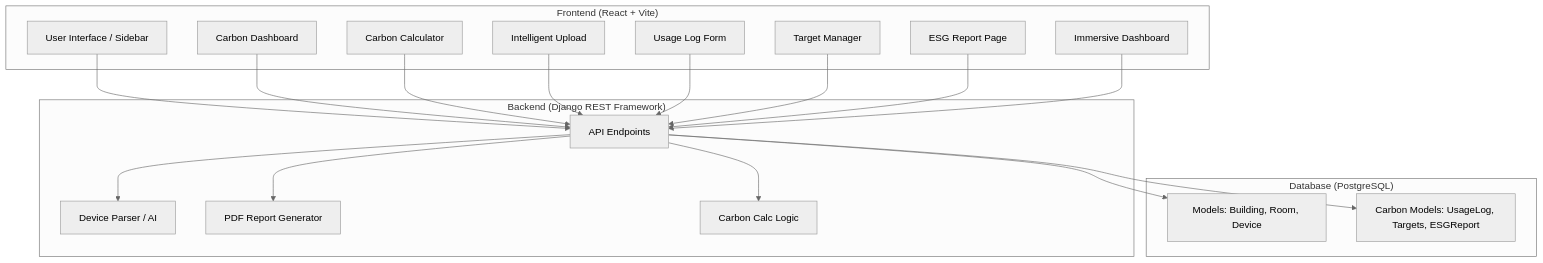
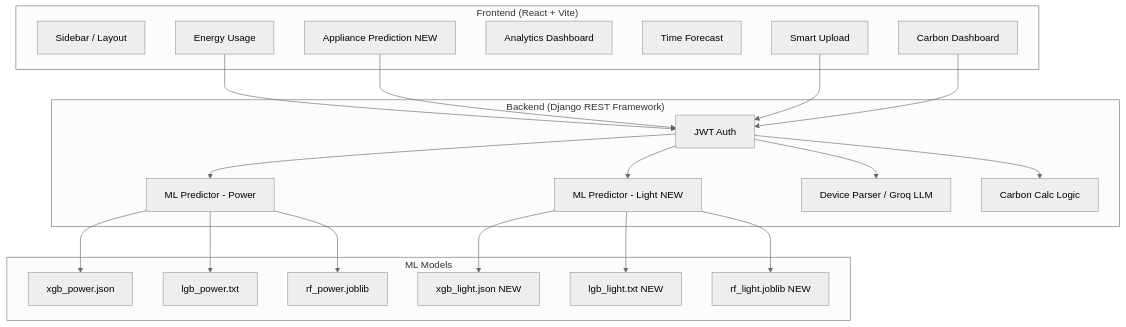
Before and after one commit to hitarth1812/Hybrid-Energy-Management-System: the diagram in BACKEND/PROJECT_BLUEPRINT.md, drawn with Mermaid (neutral theme). The commit also changed other lines of this file and 53 other files, not shown here.

Commit message:
Add upgraded analytics, prediction flow, and ESG enhancements

````diff
--- a/BACKEND/PROJECT_BLUEPRINT.md
+++ b/BACKEND/PROJECT_BLUEPRINT.md
@@ -11,40 +11,33 @@
 ```mermaid
 graph TD
     subgraph "Frontend (React + Vite)"
-        UI[User Interface / Sidebar]
+        UI[Sidebar / Layout]
+        EN[Energy Usage]
+        AP[Appliance Prediction NEW]
+        AN[Analytics Dashboard]
+        TF[Time Forecast]
+        SU[Smart Upload]
         CD[Carbon Dashboard]
-        CC[Carbon Calculator]
-        IU[Intelligent Upload]
-        UL[Usage Log Form]
-        CT[Target Manager]
-        ER[ESG Report Page]
-        ID[Immersive Dashboard]
     end
 
     subgraph "Backend (Django REST Framework)"
-        API[API Endpoints]
-        PAR[Device Parser / AI]
-        RPT[PDF Report Generator]
+        AUTH[JWT Auth]
+        ML_PWR[ML Predictor - Power]
+        ML_LGT[ML Predictor - Light NEW]
+        PAR[Device Parser / Groq LLM]
         CAL[Carbon Calc Logic]
     end
 
-    subgraph "Database (PostgreSQL)"
-        MDL[Models: Building, Room, Device]
-        CLM[Carbon Models: UsageLog, Targets, ESGReport]
+    subgraph "ML Models"
+        XGB_P[xgb_power.json]
+        LGB_P[lgb_power.txt]
+        RF_P[rf_power.joblib]
+        XGB_L[xgb_light.json NEW]
+        LGB_L[lgb_light.txt NEW]
+        RF_L[rf_light.joblib NEW]
     end
 
-    UI --> API
-    CD --> API
-    CC --> API
-    IU --> API
-    UL --> API
-    CT --> API
-    ER --> API
-    ID --> API
-
-    API --> MDL
-    API --> CLM
-    API --> PAR
-    API --> RPT
-    API --> CAL
+    EN & AP & SU & CD --> AUTH --> ML_PWR & ML_LGT & PAR & CAL
+    ML_PWR --> XGB_P & LGB_P & RF_P
+    ML_LGT --> XGB_L & LGB_L & RF_L
 ```
````
